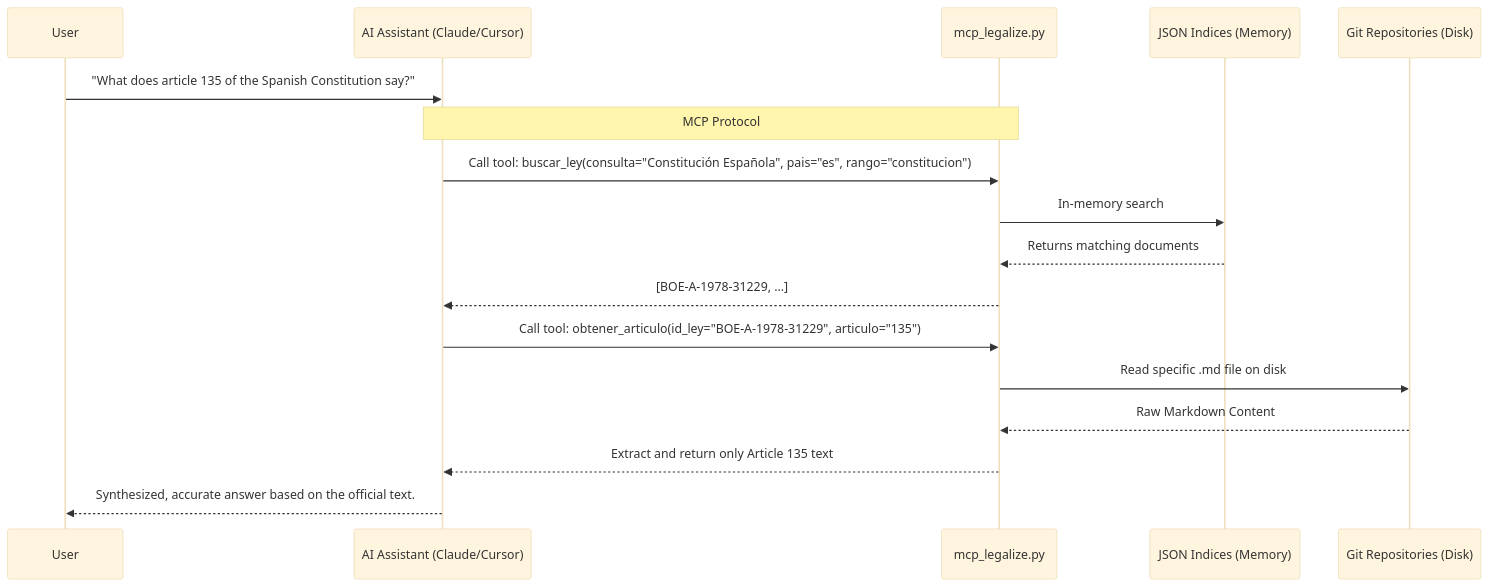
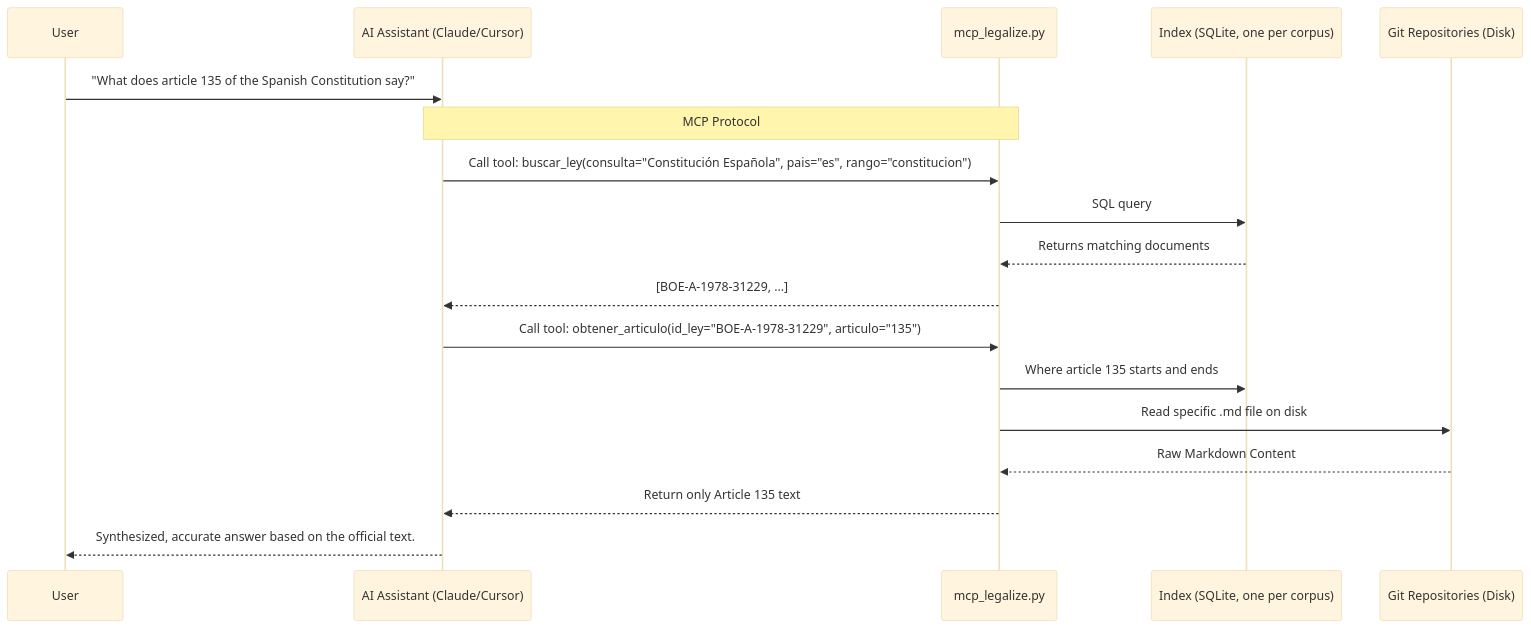
The diagram in README.md (jccamel/mcp-legalize), drawn with Mermaid (base theme) before and after one commit. The commit also changed other lines of this file and 22 other files, not shown here.

````diff
--- a/README.md
+++ b/README.md
@@ -59,24 +59,25 @@
 ```mermaid
 sequenceDiagram
     participant U as User
     participant AI as AI Assistant (Claude/Cursor)
     participant MCP as mcp_legalize.py
-    participant I as JSON Indices (Memory)
+    participant I as Index (SQLite, one per corpus)
     participant R as Git Repositories (Disk)
 
     U->>AI: "What does article 135 of the Spanish Constitution say?"
 
     note over AI,MCP: MCP Protocol
     AI->>MCP: Call tool: buscar_ley(consulta="Constitución Española", pais="es", rango="constitucion")
 
-    MCP->>I: In-memory search
+    MCP->>I: SQL query
     I-->>MCP: Returns matching documents
     MCP-->>AI: [BOE-A-1978-31229, ...]
 
     AI->>MCP: Call tool: obtener_articulo(id_ley="BOE-A-1978-31229", articulo="135")
+    MCP->>I: Where article 135 starts and ends
     MCP->>R: Read specific .md file on disk
     R-->>MCP: Raw Markdown Content
-    MCP-->>AI: Extract and return only Article 135 text
+    MCP-->>AI: Return only Article 135 text
 
     AI-->>U: Synthesized, accurate answer based on the official text.
 ```
````
